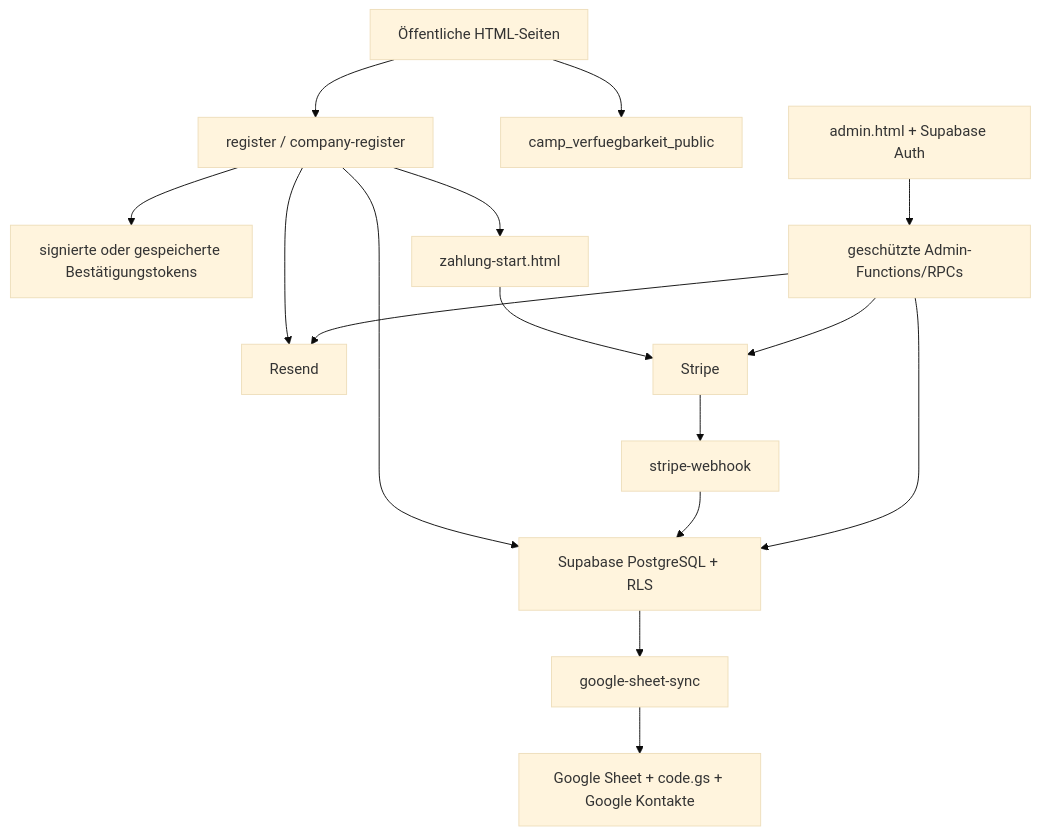
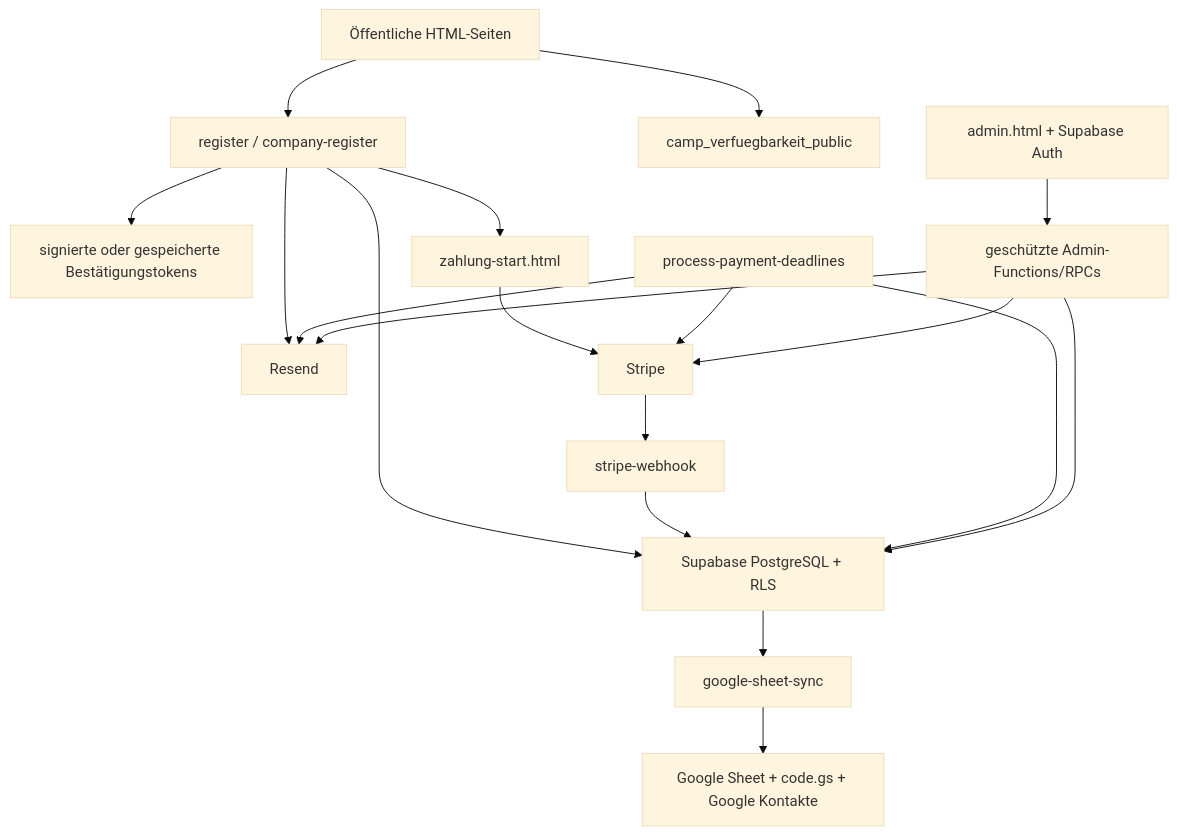
The diagram in docs/ARCHITECTURE.md (aixtraweb/talentexperte.de), drawn with Mermaid (base theme) before and after one commit. The commit also changed other lines of this file and 22 other files, not shown here.

Commit message:
feat: add payment deadline and place release workflow

````diff
--- a/docs/ARCHITECTURE.md
+++ b/docs/ARCHITECTURE.md
@@ -9,18 +9,21 @@
 ```mermaid
 flowchart TD
     Public["Öffentliche HTML-Seiten"] --> Register["register / company-register"]
     Public --> CampView["camp_verfuegbarkeit_public"]
     Register --> DB["Supabase PostgreSQL + RLS"]
     Register --> Resend["Resend"]
     Register --> Confirm["signierte oder gespeicherte Bestätigungstokens"]
     Register --> PayStart["zahlung-start.html"]
     PayStart --> Stripe["Stripe"]
     Stripe --> Webhook["stripe-webhook"]
     Webhook --> DB
+    Deadline["process-payment-deadlines"] --> Stripe
+    Deadline --> Resend
+    Deadline --> DB
     Admin["admin.html + Supabase Auth"] --> AdminFns["geschützte Admin-Functions/RPCs"]
     AdminFns --> DB
     AdminFns --> Stripe
     AdminFns --> Resend
     DB --> Sheet["google-sheet-sync"]
     Sheet --> Contacts["Google Sheet + code.gs + Google Kontakte"]
 ```
````
